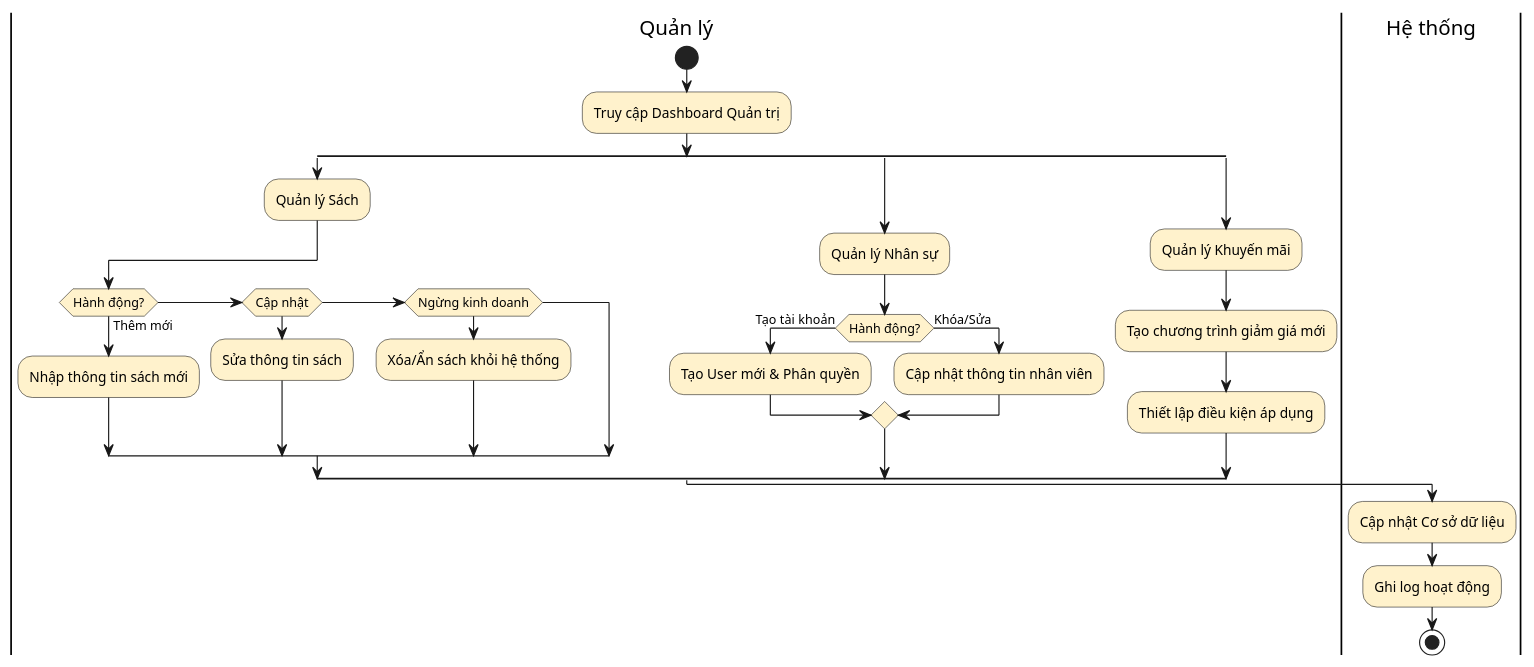
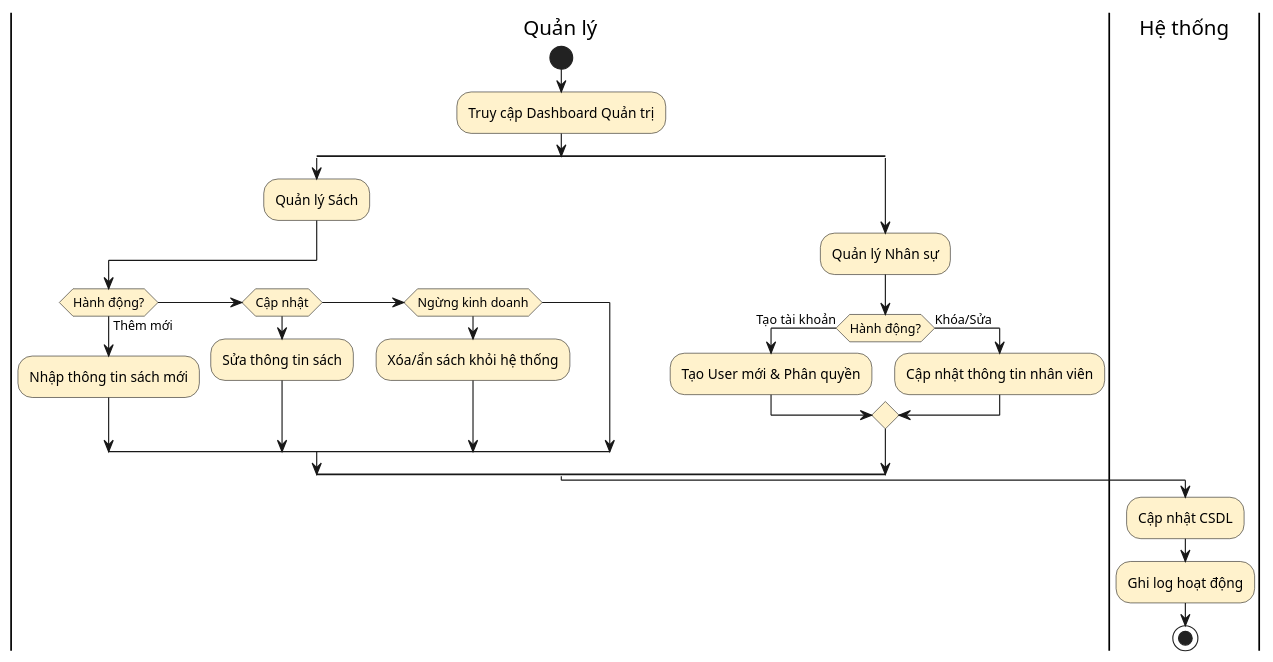
The diagram in docs/quy trình nghiệp vụ/quản lý.plantuml (Kh0anh/QuanLyNhaSach), drawn with PlantUML before and after one commit. The commit also changed 6 other files, not shown here.

Commit message:
cập nhật tài liệu

```diff
--- a/docs/quy trình nghiệp vụ/quản lý.plantuml
+++ b/docs/quy trình nghiệp vụ/quản lý.plantuml
@@ -1,34 +1,29 @@
 @startuml
 skinparam ActivityBackgroundColor #FFF2CC
 
 |Quản lý|
 start
 :Truy cập Dashboard Quản trị;
 split
-    
     :Quản lý Sách;
     if (Hành động?) then (Thêm mới)
         :Nhập thông tin sách mới;
     elseif (Cập nhật)
         :Sửa thông tin sách;
     elseif (Ngừng kinh doanh)
-        :Xóa/Ẩn sách khỏi hệ thống;
+        :Xóa/ẩn sách khỏi hệ thống;
     endif
 split again
     :Quản lý Nhân sự;
     if (Hành động?) then (Tạo tài khoản)
         :Tạo User mới & Phân quyền;
     else (Khóa/Sửa)
         :Cập nhật thông tin nhân viên;
     endif
-split again
-    :Quản lý Khuyến mãi;
-    :Tạo chương trình giảm giá mới;
-    :Thiết lập điều kiện áp dụng;
 end split
 
 |Hệ thống|
-:Cập nhật Cơ sở dữ liệu;
+:Cập nhật CSDL;
 :Ghi log hoạt động;
 stop
 @enduml
```
